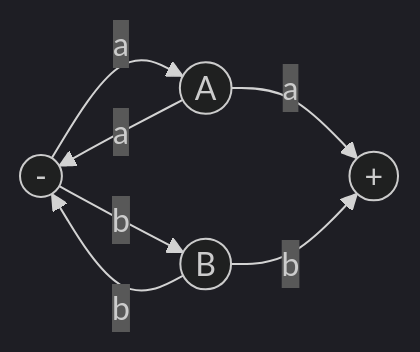
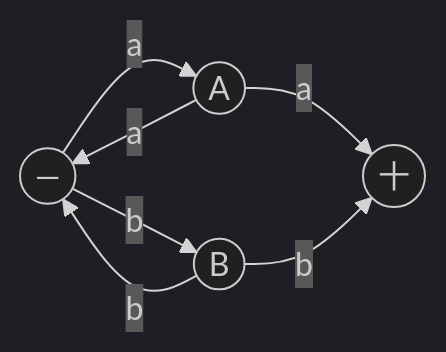
One commit to ufidon/ct changed the fourth of 5 diagrams in mod2/gf.md. Above: the diagram before and after it, drawn with Mermaid (dark theme). The commit also changed other lines of this file and 6 other files, not shown here.

Commit message:
broken mermaid

````diff
--- a/mod2/gf.md
+++ b/mod2/gf.md
@@ -136,13 +149,13 @@
 ```mermaid
 flowchart LR
-s(("-"))
+s(("—"))
 A(("A"))
 B(("B"))
-f(("+"))
+f(("十"))
 s-->|a|A
 s-->|b|B
 A-->|a|s
 B-->|b|s
 A-->|a|f
 B-->|b|f
 ```
````
